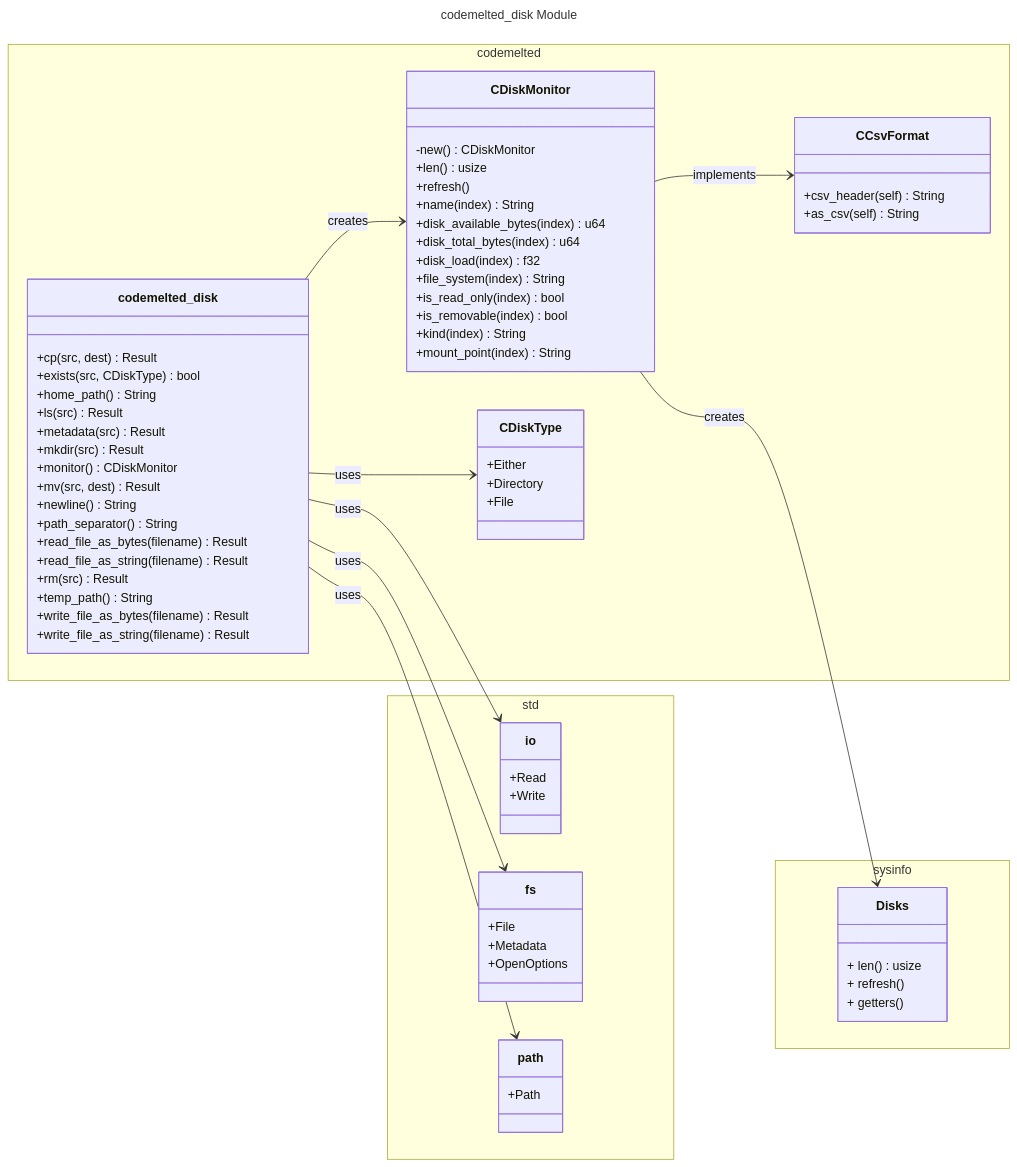
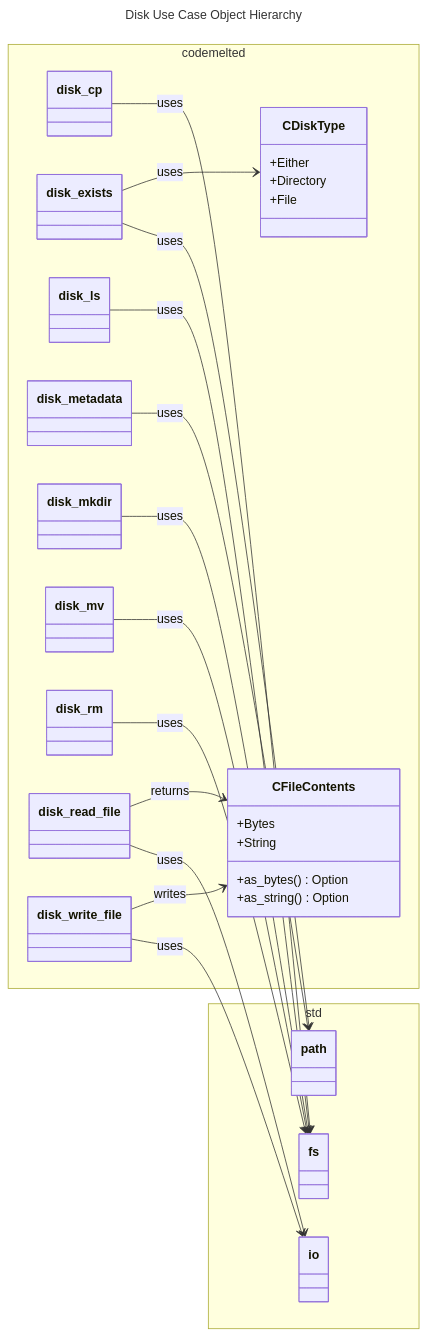
Before and after one commit to CodeMelted/codemelted_developer: the diagram in codemelted_rust/models/codemelted_disk.mmd, drawn with Mermaid. The commit also changed 46 other files, not shown here.

```diff
--- a/codemelted_rust/models/codemelted_disk.mmd
+++ b/codemelted_rust/models/codemelted_disk.mmd
@@ -1,76 +1,44 @@
 ---
-title: codemelted_disk Module
+title: Disk Use Case Object Hierarchy
 ---
 classDiagram
   direction LR
   namespace codemelted {
-    class codemelted_disk {
-      +cp(src, dest) Result
-      +exists(src, CDiskType) bool
-      +home_path() String
-      +ls(src) Result
-      +metadata(src) Result
-      +mkdir(src) Result
-      +monitor() CDiskMonitor
-      +mv(src, dest) Result
-      +newline() String
-      +path_separator() String
-      +read_file_as_bytes(filename) Result
-      +read_file_as_string(filename) Result
-      +rm(src) Result
-      +temp_path() String
-      +write_file_as_bytes(filename) Result
-      +write_file_as_string(filename) Result
-    }
-    class CCsvFormat {
-      +csv_header(self) String
-      +as_csv(self) String
-    }
-    class CDiskMonitor {
-      -new() CDiskMonitor
-      +len() usize
-      +refresh()
-      +name(index) String
-      +disk_available_bytes(index) u64
-      +disk_total_bytes(index) u64
-      +disk_load(index) f32
-      +file_system(index) String
-      +is_read_only(index) bool
-      +is_removable(index) bool
-      +kind(index) String
-      +mount_point(index) String
-    }
     class CDiskType {
       +Either
       +Directory
       +File
     }
+    class CFileContents {
+      +Bytes
+      +String
+      +as_bytes() Option
+      +as_string() Option
+    }
+    class disk_cp
+    class disk_exists
+    class disk_ls
+    class disk_metadata
+    class disk_mkdir
+    class disk_mv
+    class disk_rm
+    class disk_read_file
+    class disk_write_file
   }
   namespace std {
-    class io {
-      +Read
-      +Write
-    }
-    class fs {
-      +File
-      +Metadata
-      +OpenOptions
-    }
-    class path {
-      +Path
-    }
+    class fs
+    class io
+    class path
   }
-  namespace sysinfo {
-    class Disks {
-      + len() usize
-      + refresh()
-      + getters()
-    }
-  }
-  codemelted_disk --> CDiskMonitor : creates
-  codemelted_disk --> CDiskType : uses
-  codemelted_disk --> io : uses
-  codemelted_disk --> fs : uses
-  codemelted_disk --> path : uses
-  CDiskMonitor --> Disks : creates
-  CDiskMonitor --> CCsvFormat : implements
+  disk_cp --> fs: uses
+  disk_exists --> path: uses
+  disk_exists --> CDiskType: uses
+  disk_ls --> fs: uses
+  disk_metadata --> path: uses
+  disk_mkdir --> fs: uses
+  disk_mv --> fs: uses
+  disk_rm --> fs: uses
+  disk_read_file --> io: uses
+  disk_read_file --> CFileContents: returns
+  disk_write_file --> io: uses
+  disk_write_file --> CFileContents: writes
```
